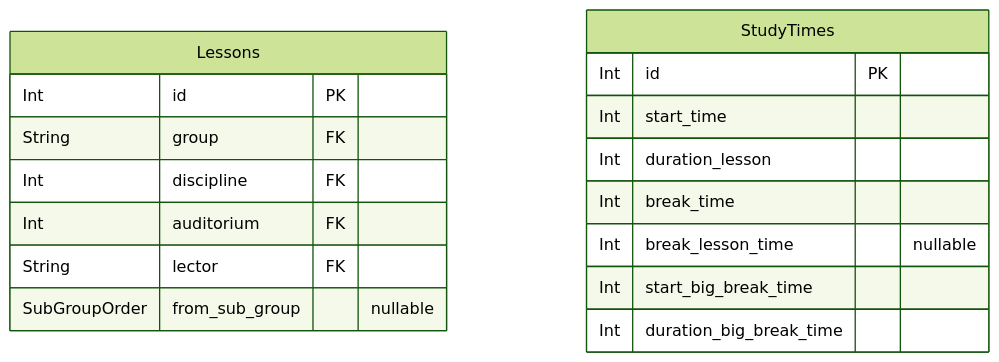
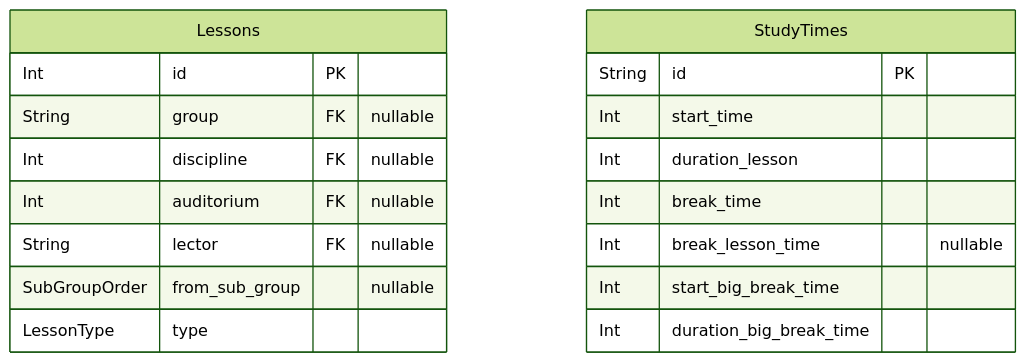
One commit to NeatDeveloper/Thodle changed the fourth of 4 diagrams in packages/db/prisma/ThodleDatabase.md. Above: the diagram before and after it, drawn with Mermaid (forest theme). The commit also changed other lines of this file and 74 other files, not shown here.

````diff
--- a/packages/db/prisma/ThodleDatabase.md
+++ b/packages/db/prisma/ThodleDatabase.md
@@ -516,20 +520,21 @@
 ```mermaid
 erDiagram
 "Lessons" {
   Int id PK
-  String group FK
-  Int discipline FK
-  Int auditorium FK
-  String lector FK
+  String group FK "nullable"
+  Int discipline FK "nullable"
+  Int auditorium FK "nullable"
+  String lector FK "nullable"
   SubGroupOrder from_sub_group "nullable"
+  LessonType type
 }
 "StudyTimes" {
-  Int id PK
+  String id PK
   Int start_time
   Int duration_lesson
   Int break_time
   Int break_lesson_time "nullable"
   Int start_big_break_time
   Int duration_big_break_time
 }
 ```
````
